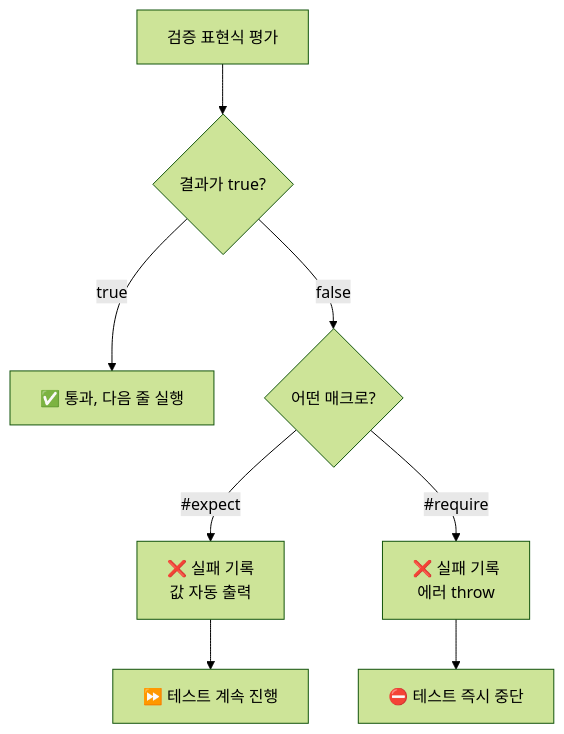
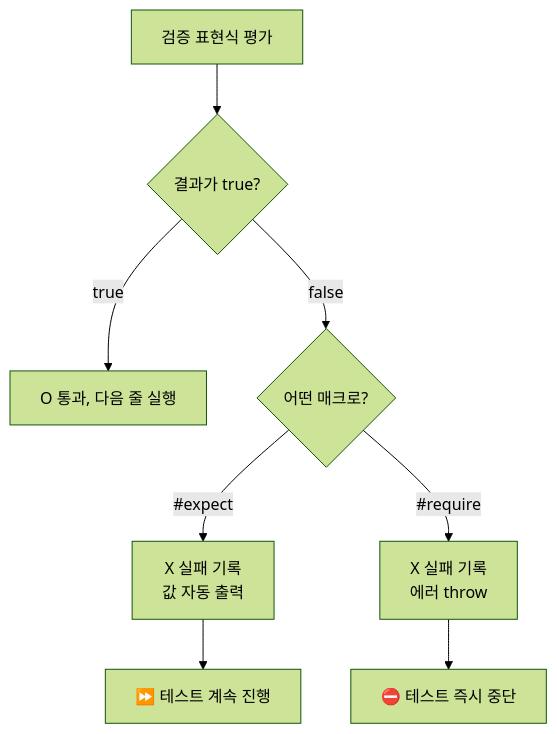
Before and after one commit to jsonpassion/forge-tutorial-swift: the second of 3 diagrams in 12-testing-quality/02-swift-testing.md, drawn with Mermaid (forest theme). The commit also changed 69 other files, not shown here.

````diff
--- a/12-testing-quality/02-swift-testing.md
+++ b/12-testing-quality/02-swift-testing.md
@@ -121,10 +121,10 @@
 ```mermaid
 flowchart TD
     A["검증 표현식 평가"] --> B{"결과가 true?"}
-    B -- "true" --> C["✅ 통과, 다음 줄 실행"]
+    B -- "true" --> C["O 통과, 다음 줄 실행"]
     B -- "false" --> D{"어떤 매크로?"}
-    D -- "#expect" --> E["❌ 실패 기록\n값 자동 출력"]
+    D -- "#expect" --> E["X 실패 기록<br/>값 자동 출력"]
     E --> F["⏩ 테스트 계속 진행"]
-    D -- "#require" --> G["❌ 실패 기록\n에러 throw"]
+    D -- "#require" --> G["X 실패 기록<br/>에러 throw"]
     G --> H["⛔ 테스트 즉시 중단"]
 ```
````
